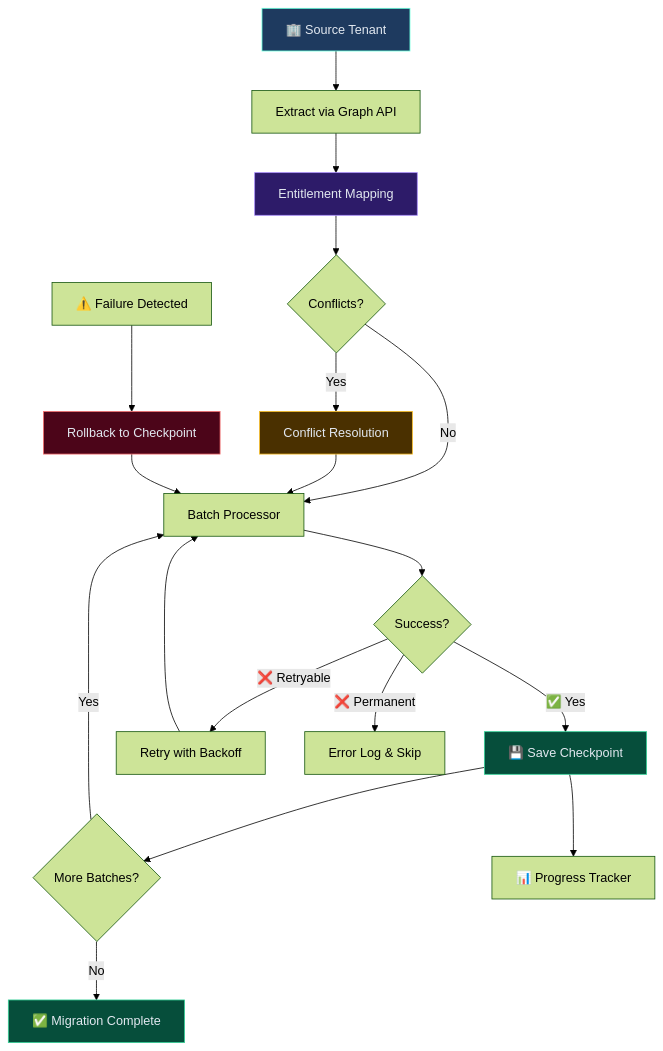
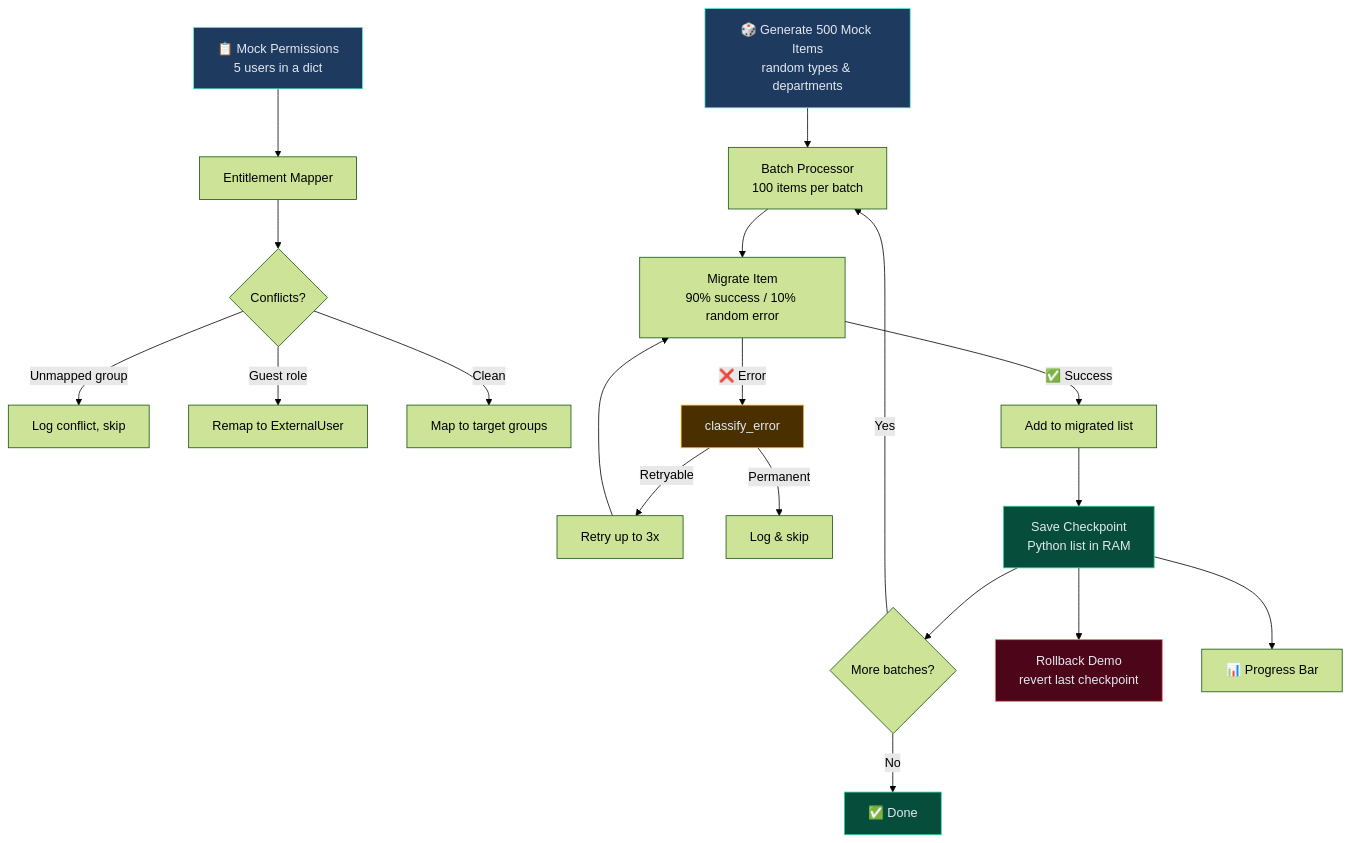
Before and after one commit to reethika-amrish/migration-patterns: the diagram in README.md, drawn with Mermaid (forest theme). The commit also changed other lines of this file, not shown here.

````diff
--- a/README.md
+++ b/README.md
@@ -22,31 +22,32 @@
 ```mermaid
 graph TD
-    A[🏢 Source Tenant] --> B[Extract via Graph API]
-    B --> C[Entitlement Mapping]
-    C --> D{Conflicts?}
-    D -->|No| E[Batch Processor]
-    D -->|Yes| F[Conflict Resolution]
-    F --> E
+    A[📋 Mock Permissions<br/>5 users in a dict] --> B[Entitlement Mapper]
+    B --> C{Conflicts?}
+    C -->|Unmapped group| D[Log conflict, skip]
+    C -->|Guest role| E[Remap to ExternalUser]
+    C -->|Clean| F[Map to target groups]
+
+    G[🎲 Generate 500 Mock Items<br/>random types & departments] --> H[Batch Processor<br/>100 items per batch]
     
-    E --> G{Success?}
-    G -->|✅ Yes| H[💾 Save Checkpoint]
-    G -->|❌ Retryable| I[Retry with Backoff]
-    G -->|❌ Permanent| J[Error Log & Skip]
-    I --> E
-    
-    H --> K{More Batches?}
-    K -->|Yes| E
-    K -->|No| L[✅ Migration Complete]
-    
-    H --> M[📊 Progress Tracker]
-    
-    N[⚠️ Failure Detected] --> O[Rollback to Checkpoint]
-    O --> E
+    H --> I[Migrate Item<br/>90% success / 10% random error]
+    I -->|✅ Success| J[Add to migrated list]
+    I -->|❌ Error| K[classify_error]
+    K -->|Retryable| L[Retry up to 3x]
+    K -->|Permanent| M[Log & skip]
+    L --> I
+
+    J --> N[Save Checkpoint<br/>Python list in RAM]
+    N --> O{More batches?}
+    O -->|Yes| H
+    O -->|No| P[✅ Done]
+
+    N --> Q[Rollback Demo<br/>revert last checkpoint]
+    N --> R[📊 Progress Bar]
 
     style A fill:#1e3a5f,stroke:#64ffda,color:#e2e8f0
-    style C fill:#2d1b69,stroke:#a78bfa,color:#e2e8f0
-    style H fill:#064e3b,stroke:#34d399,color:#e2e8f0
-    style O fill:#4c0519,stroke:#f87171,color:#e2e8f0
-    style F fill:#4a3000,stroke:#fbbf24,color:#e2e8f0
-    style L fill:#064e3b,stroke:#34d399,color:#e2e8f0
+    style G fill:#1e3a5f,stroke:#64ffda,color:#e2e8f0
+    style N fill:#064e3b,stroke:#34d399,color:#e2e8f0
+    style Q fill:#4c0519,stroke:#f87171,color:#e2e8f0
+    style K fill:#4a3000,stroke:#fbbf24,color:#e2e8f0
+    style P fill:#064e3b,stroke:#34d399,color:#e2e8f0
 ```
````
